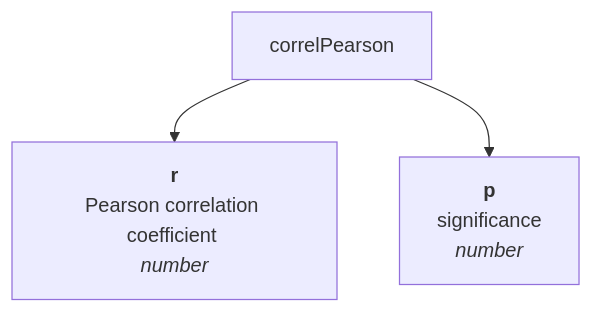
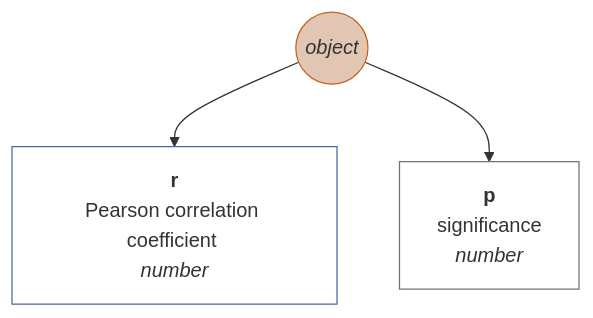
One commit to muzikp/retusa changed the second of 13 diagrams in docs/en-GB/matrix.md. Above: the diagram before and after it, drawn with Mermaid. The commit also changed other lines of this file and 17 other files, not shown here.

````diff
--- a/docs/en-GB/matrix.md
+++ b/docs/en-GB/matrix.md
@@ -106,6 +116,13 @@
 ```mermaid
 graph TD
+correlPearson((<i>object</i>))
+style correlPearson fill:#E1C6B3;
+style correlPearson stroke:#C36422;
 correlPearson --> r[<b>r</b><br>Pearson correlation coefficient <br><i>number</i>]
+style r fill:#FFFFFF;
+style r stroke:#4967A4;
 correlPearson --> p[<b>p</b><br>significance <br><i>number</i>]
+style p fill:#FFFFFF;
+style p stroke:#75716F;
 
 ```
````
